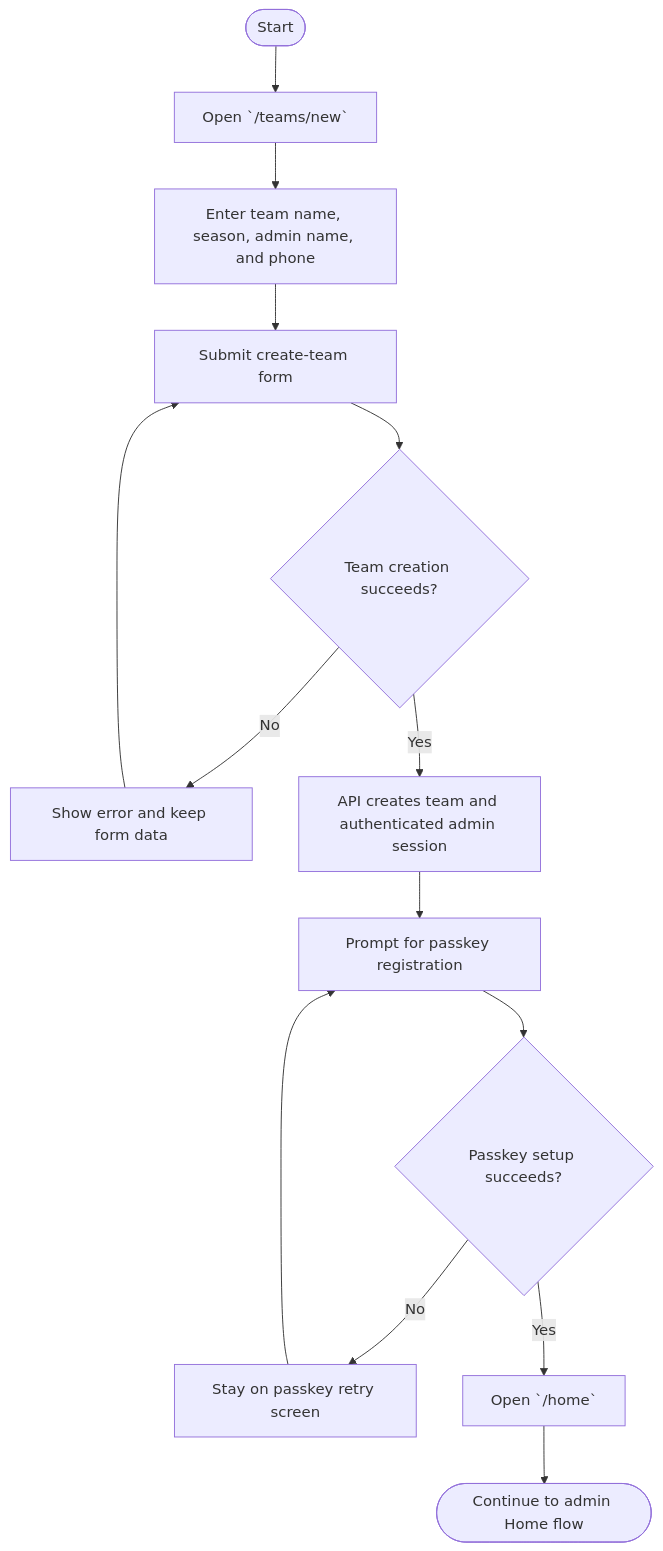
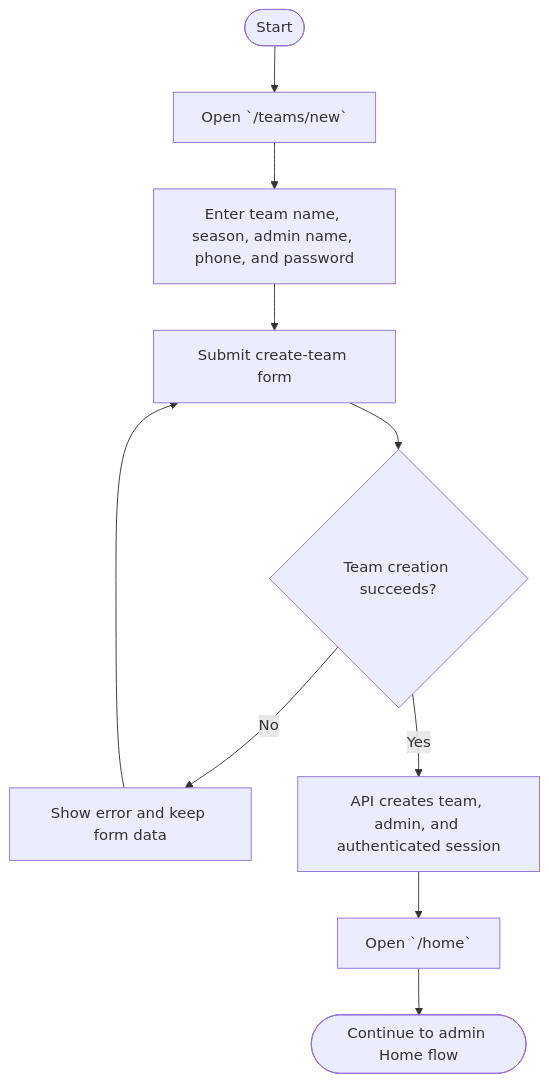
The first of 29 diagrams in docs/flow-charts.md (kazes5/soccer), drawn with Mermaid before and after one commit. The commit also changed other lines of this file and 120 other files, not shown here.

````diff
--- a/docs/flow-charts.md
+++ b/docs/flow-charts.md
@@ -16,16 +16,12 @@
 ```mermaid
 flowchart TD
     A([Start]) --> B[Open `/teams/new`]
-    B --> C[Enter team name, season, admin name, and phone]
+    B --> C[Enter team name, season, admin name, phone, and password]
     C --> D[Submit create-team form]
     D --> E{Team creation succeeds?}
     E -->|No| F[Show error and keep form data]
     F --> D
-    E -->|Yes| G[API creates team and authenticated admin session]
-    G --> H[Prompt for passkey registration]
-    H --> I{Passkey setup succeeds?}
-    I -->|No| J[Stay on passkey retry screen]
-    J --> H
-    I -->|Yes| K[Open `/home`]
+    E -->|Yes| G[API creates team, admin, and authenticated session]
+    G --> K[Open `/home`]
     K --> L([Continue to admin Home flow])
 ```
````
